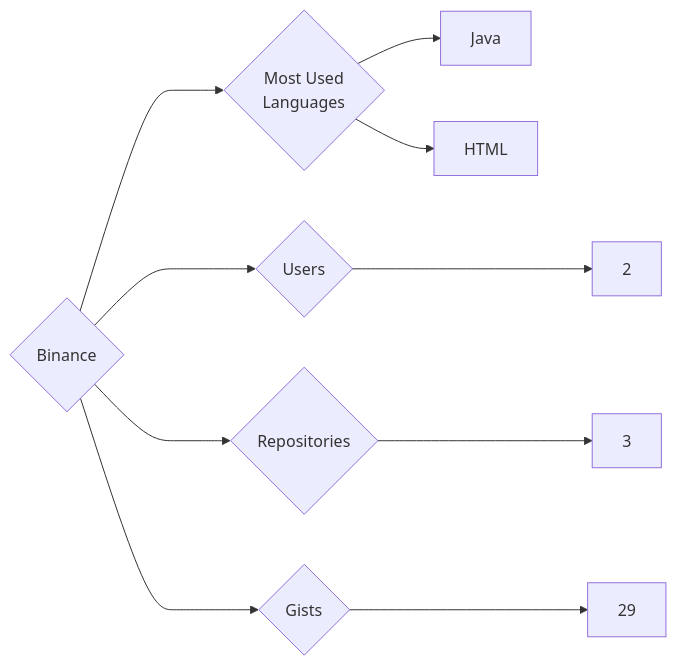
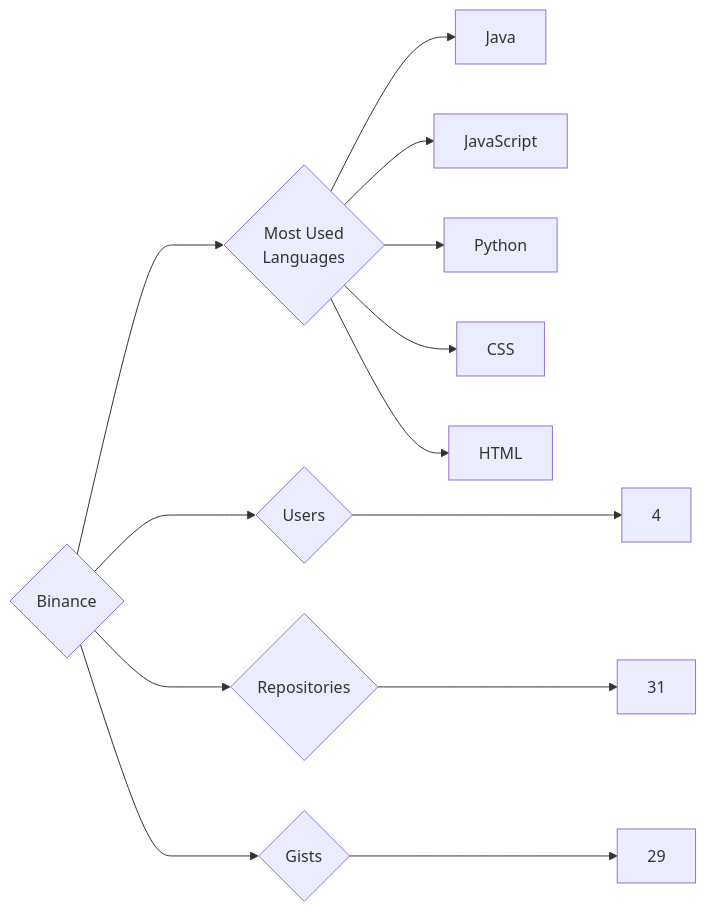
Before and after one commit to trickest/insiders: the diagram in targets/Binance/README.md, drawn with Mermaid. The commit also changed 1088 other files, not shown here.

````diff
--- a/targets/Binance/README.md
+++ b/targets/Binance/README.md
@@ -3,10 +3,13 @@
 ```mermaid
 graph LR
 COMPANY_NAME{Binance}
-COMPANY_NAME ---> U{Users} ---> UN[2]
-COMPANY_NAME ---> R{Repositories} ---> RN[3]
+COMPANY_NAME ---> U{Users} ---> UN[4]
+COMPANY_NAME ---> R{Repositories} ---> RN[31]
 COMPANY_NAME ---> G{Gists} ---> GN[29]
 COMPANY_NAME ---> ML{Most Used<br>Languages}
 ML --> Java[Java]
+ML --> JavaScript[JavaScript]
+ML --> Python[Python]
+ML --> CSS[CSS]
 ML --> HTML[HTML]
 ```
````
